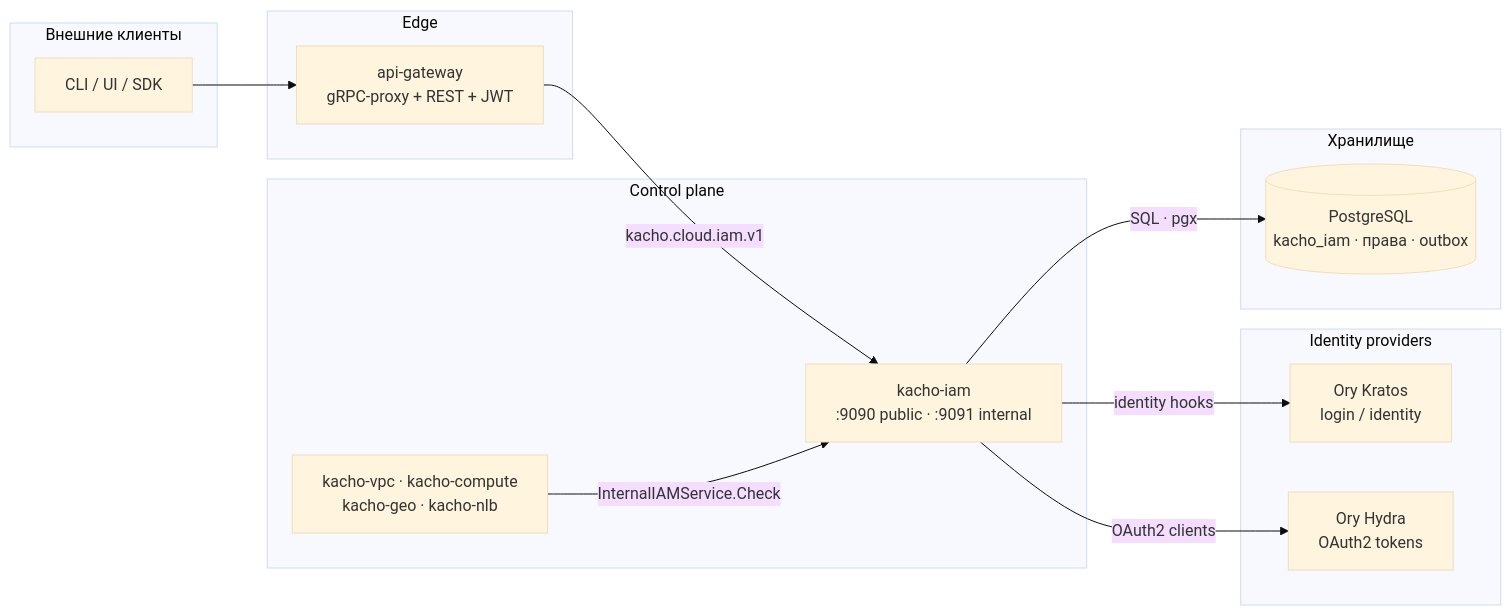
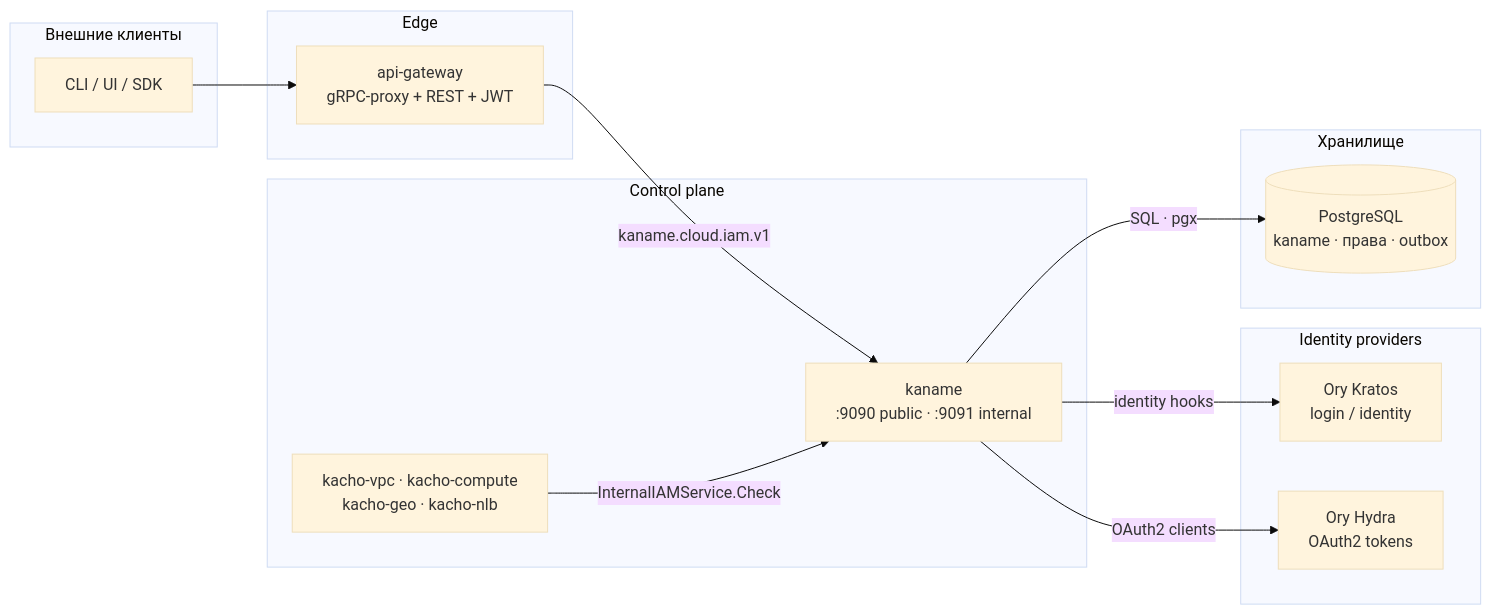
One commit to PRO-Robotech/kacho changed the second of 2 diagrams in services/iam/docs/content/intro.mdx. Above: the diagram before and after it, drawn with Mermaid (base theme). The commit also changed other lines of this file and 5005 other files, not shown here.

````diff
--- a/services/iam/docs/content/intro.mdx
+++ b/services/iam/docs/content/intro.mdx
@@ -127,27 +127,27 @@
 ```mermaid
 flowchart LR
   subgraph ext["Внешние клиенты"]
     cli["CLI / UI / SDK"]
   end
   subgraph edge["Edge"]
     agw["api-gateway<br/>gRPC-proxy + REST + JWT"]
   end
   subgraph cp["Control plane"]
-    iam["kacho-iam<br/>:9090 public · :9091 internal"]
+    iam["kaname<br/>:9090 public · :9091 internal"]
     peers["kacho-vpc · kacho-compute<br/>kacho-geo · kacho-nlb"]
   end
   subgraph idp["Identity providers"]
     kratos["Ory Kratos<br/>login / identity"]
     hydra["Ory Hydra<br/>OAuth2 tokens"]
   end
   subgraph store["Хранилище"]
-    pg[("PostgreSQL<br/>kacho_iam · права · outbox")]
+    pg[("PostgreSQL<br/>kaname · права · outbox")]
   end
 
   cli --> agw
-  agw -->|"kacho.cloud.iam.v1"| iam
+  agw -->|"kaname.cloud.iam.v1"| iam
   iam -->|"SQL · pgx"| pg
   iam -->|"identity hooks"| kratos
   iam -->|"OAuth2 clients"| hydra
   peers -->|"InternalIAMService.Check"| iam
 ```
````
